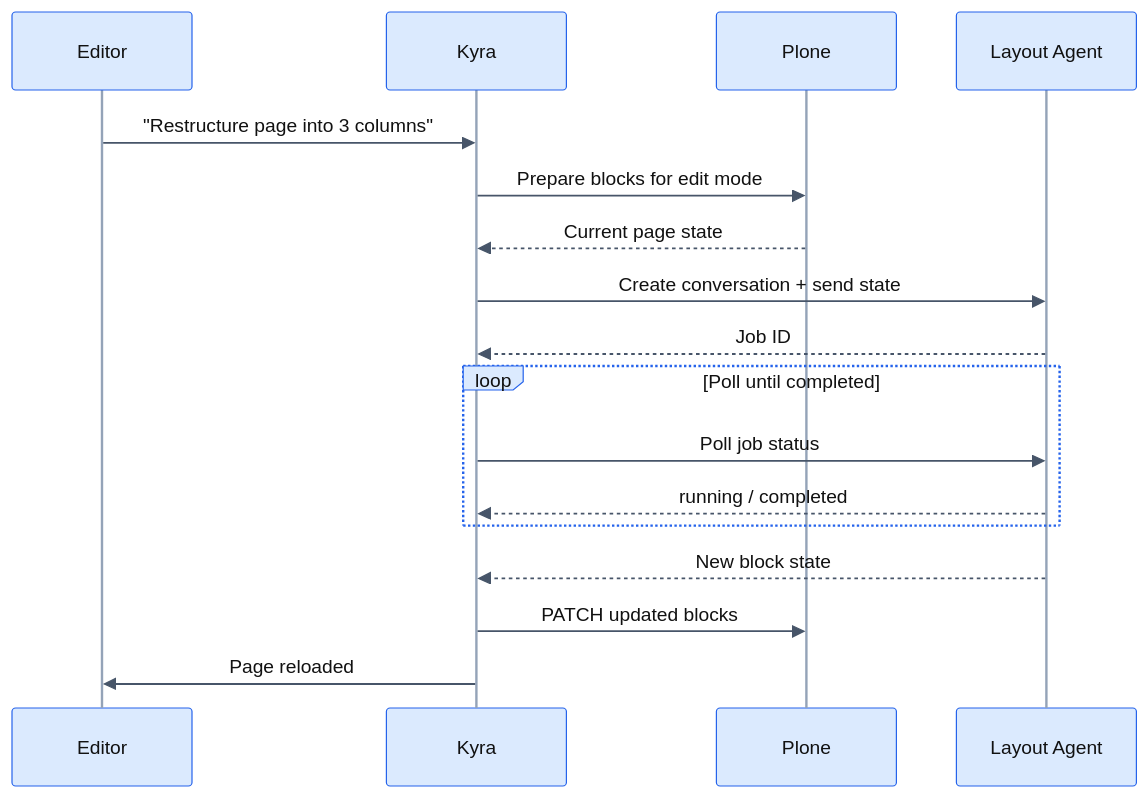
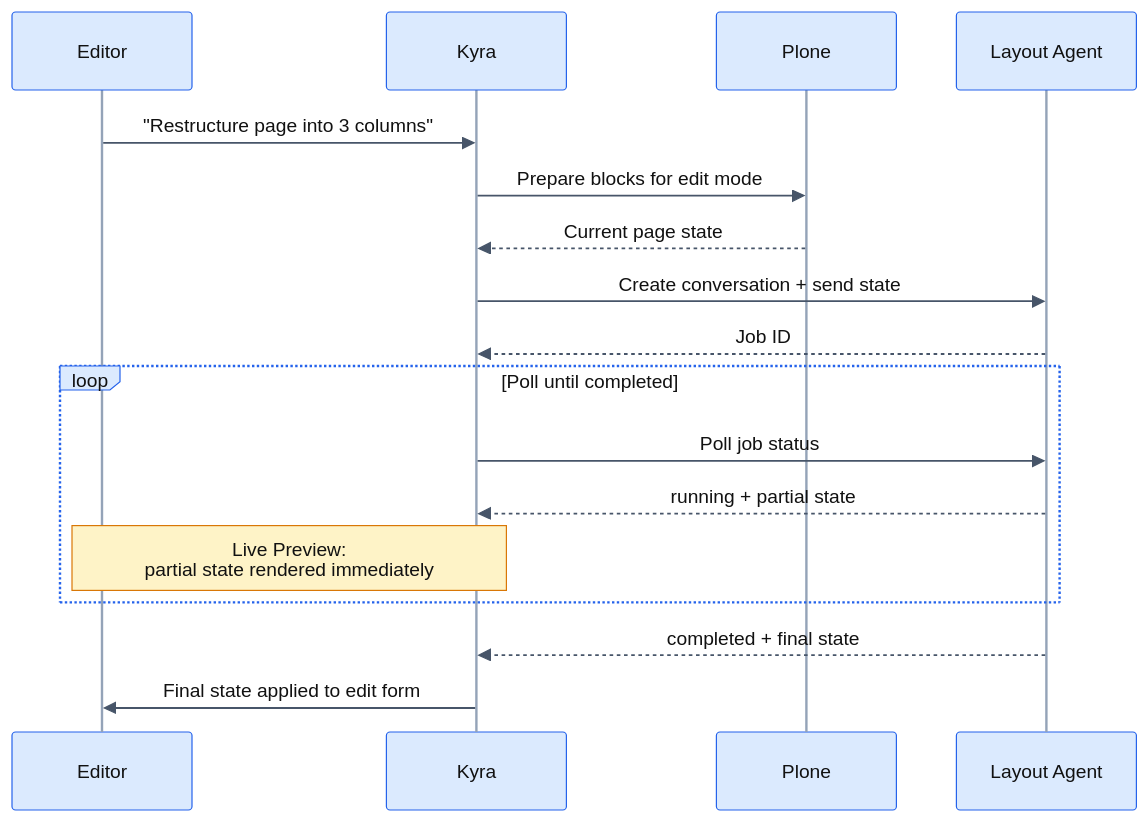
The fifth of 8 diagrams in README.md (interaktivgmbh/volto-interaktiv-kyra), drawn with Mermaid before and after one commit. The commit also changed other lines of this file, not shown here.

Commit message:
Bump version to 2.1.6 and update README with new features and enhancements (Live Preview, auto-generated citations).

````diff
--- a/README.md
+++ b/README.md
@@ -222,21 +226,21 @@
 ```mermaid
 %%{init: {'theme': 'base', 'themeVariables': {'primaryColor': '#dbeafe', 'primaryBorderColor': '#2563eb', 'primaryTextColor': '#111', 'lineColor': '#475569', 'signalColor': '#475569', 'signalTextColor': '#111', 'labelTextColor': '#111', 'actorBkg': '#dbeafe', 'actorTextColor': '#111', 'actorBorder': '#2563eb', 'actorLineColor': '#94a3b8', 'noteBkgColor': '#fef3c7', 'noteBorderColor': '#d97706', 'noteTextColor': '#111'}}}%%
 sequenceDiagram
     participant Editor
     participant Kyra
     participant Plone
     participant Agent as Layout Agent
 
     Editor->>Kyra: "Restructure page into 3 columns"
     Kyra->>Plone: Prepare blocks for edit mode
     Plone-->>Kyra: Current page state
     Kyra->>Agent: Create conversation + send state
     Agent-->>Kyra: Job ID
     loop Poll until completed
         Kyra->>Agent: Poll job status
-        Agent-->>Kyra: running / completed
+        Agent-->>Kyra: running + partial state
+        Note over Kyra,Editor: Live Preview:<br/>partial state rendered immediately
     end
-    Agent-->>Kyra: New block state
-    Kyra->>Plone: PATCH updated blocks
-    Kyra->>Editor: Page reloaded
+    Agent-->>Kyra: completed + final state
+    Kyra->>Editor: Final state applied to edit form
 ```
````
